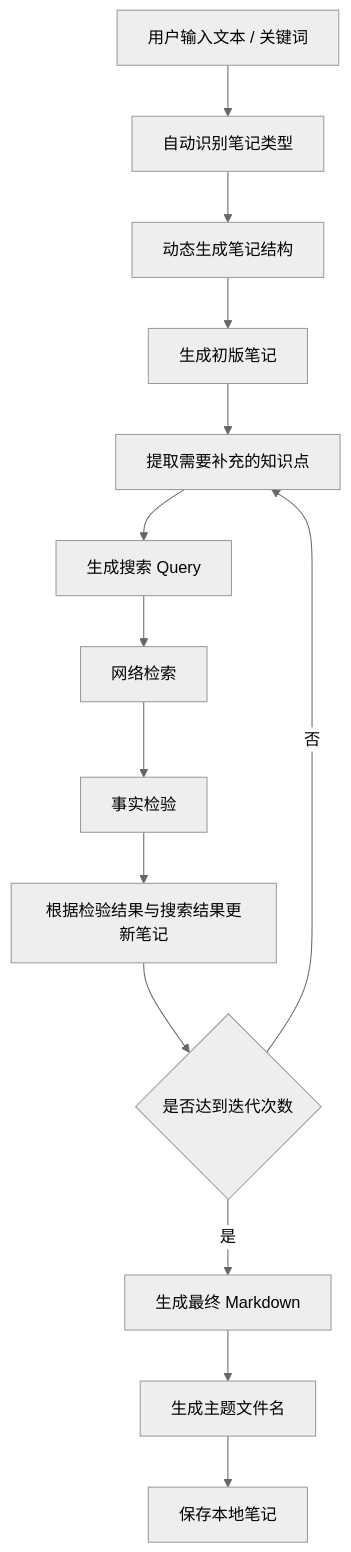
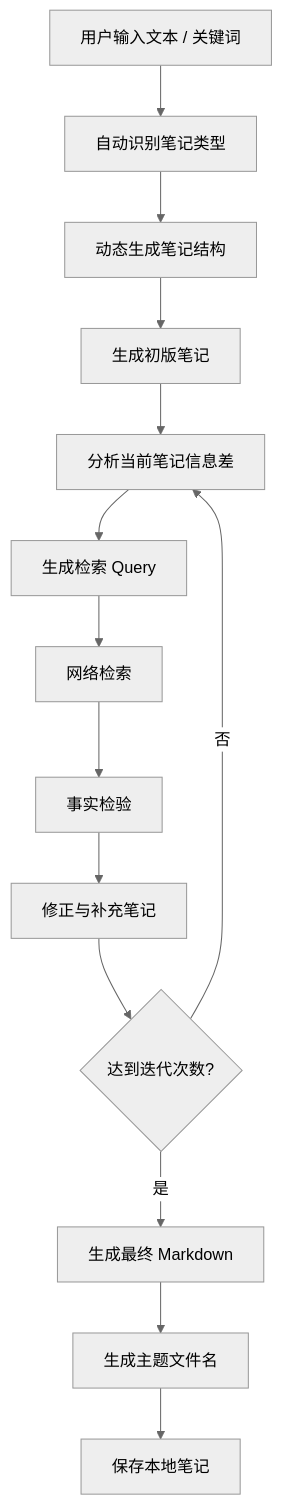
The diagram in README.md (lilBlil/note-agent), drawn with Mermaid (neutral theme) before and after one commit. The commit also changed other lines of this file and 1 other file, not shown here.

````diff
--- a/README.md
+++ b/README.md
@@ -89,17 +140,31 @@
 ```mermaid
 flowchart TD
-    A[用户输入文本 / 关键词] --> B[自动识别笔记类型]
-    B --> C[动态生成笔记结构]
-    C --> D[生成初版笔记]
-    D --> E[提取需要补充的知识点]
-    E --> F[生成搜索 Query]
-    F --> G[网络检索]
-    G --> H[事实检验]
-    H --> I[根据检验结果与搜索结果更新笔记]
-    I --> J{是否达到迭代次数}
 
-    J -- 否 --> E
-    J -- 是 --> K[生成最终 Markdown]
-    K --> L[生成主题文件名]
-    L --> M[保存本地笔记]
+A[用户输入文本 / 关键词]
+
+A --> B[自动识别笔记类型]
+
+B --> C[动态生成笔记结构]
+
+C --> D[生成初版笔记]
+
+D --> E[分析当前笔记信息差]
+
+E --> F[生成检索 Query]
+
+F --> G[网络检索]
+
+G --> H[事实检验]
+
+H --> I[修正与补充笔记]
+
+I --> J{达到迭代次数?}
+
+J -- 否 --> E
+
+J -- 是 --> K[生成最终 Markdown]
+
+K --> L[生成主题文件名]
+
+L --> M[保存本地笔记]
 ```
````
